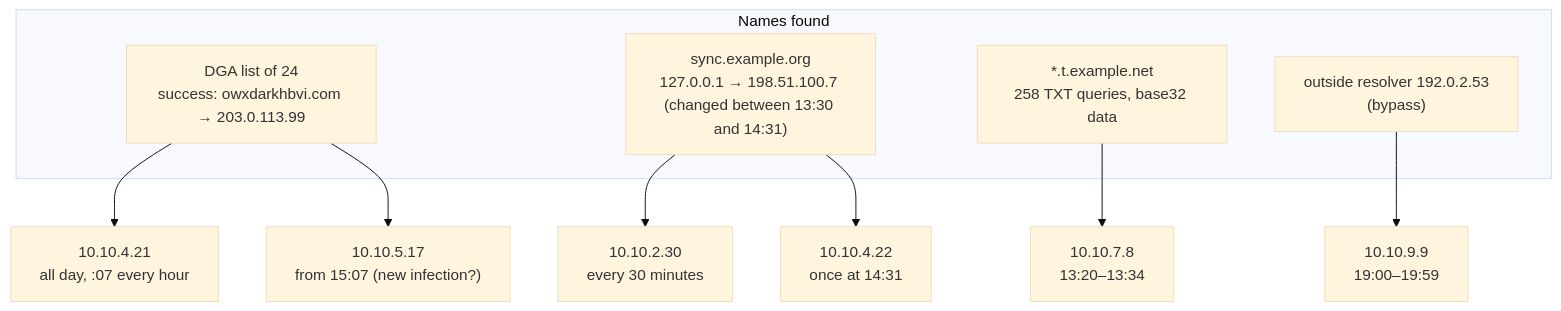
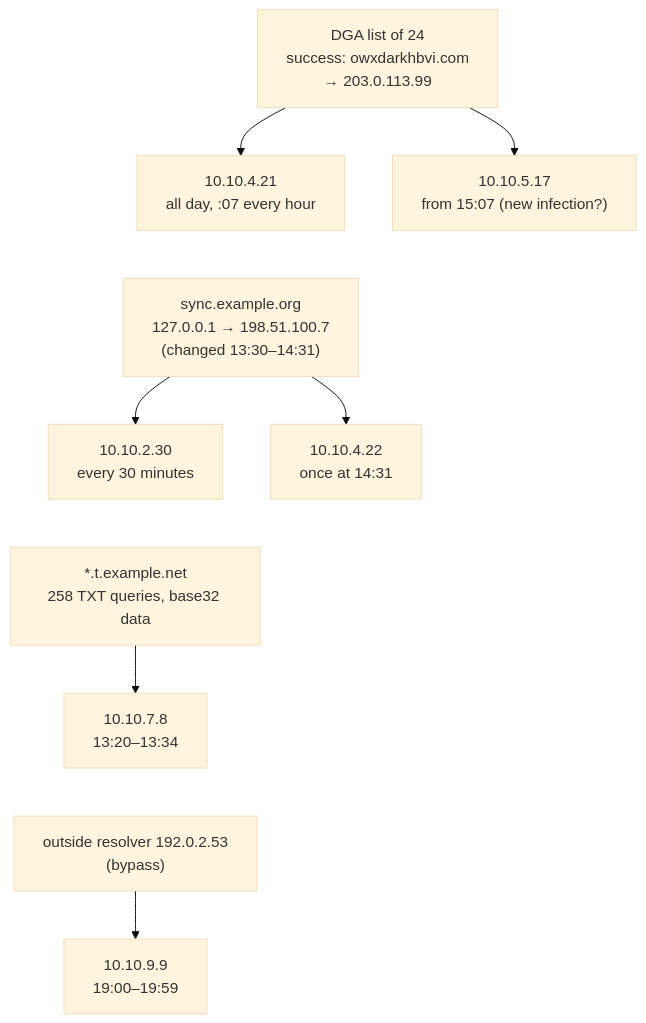
One commit to DFIDwiz-sketch/dfir-handbook changed the second of 2 diagrams in docs/training/network-forensics/part-2/lab-dns-profiling.md. Above: the diagram before and after it, drawn with Mermaid (base theme). The commit also changed other lines of this file and 1 other file, not shown here.

Commit message:
Network Forensics: restack lesson 2.9 scoping figure for mobile width (KO + EN)
The original subgraph layout fanned six PCs side by side and scaled
down to an unreadable size at phone width; the groups now stack
vertically with at most two boxes per row.

Claude-Session: https://claude.ai/code/session_011VUSpmik9wJ5Ypd1THCkmf

````diff
--- a/docs/training/network-forensics/part-2/lab-dns-profiling.md
+++ b/docs/training/network-forensics/part-2/lab-dns-profiling.md
@@ -424,15 +424,12 @@
 ```mermaid
 flowchart TD
-    subgraph N["Names found"]
-        D1["DGA list of 24<br/>success: owxdarkhbvi.com → 203.0.113.99"]
-        D2["sync.example.org<br/>127.0.0.1 → 198.51.100.7 (changed between 13:30 and 14:31)"]
-        D3["*.t.example.net<br/>258 TXT queries, base32 data"]
-        D4["outside resolver 192.0.2.53<br/>(bypass)"]
-    end
-    D1 --> P1["10.10.4.21<br/>all day, :07 every hour"]
+    D1["DGA list of 24<br/>success: owxdarkhbvi.com<br/>→ 203.0.113.99"] --> P1["10.10.4.21<br/>all day, :07 every hour"]
     D1 --> P2["10.10.5.17<br/>from 15:07 (new infection?)"]
+    P1 ~~~ D2["sync.example.org<br/>127.0.0.1 → 198.51.100.7<br/>(changed 13:30–14:31)"]
     D2 --> P3["10.10.2.30<br/>every 30 minutes"]
     D2 --> P4["10.10.4.22<br/>once at 14:31"]
+    P3 ~~~ D3["*.t.example.net<br/>258 TXT queries, base32 data"]
     D3 --> P5["10.10.7.8<br/>13:20–13:34"]
+    P5 ~~~ D4["outside resolver 192.0.2.53<br/>(bypass)"]
     D4 --> P6["10.10.9.9<br/>19:00–19:59"]
 ```
````
